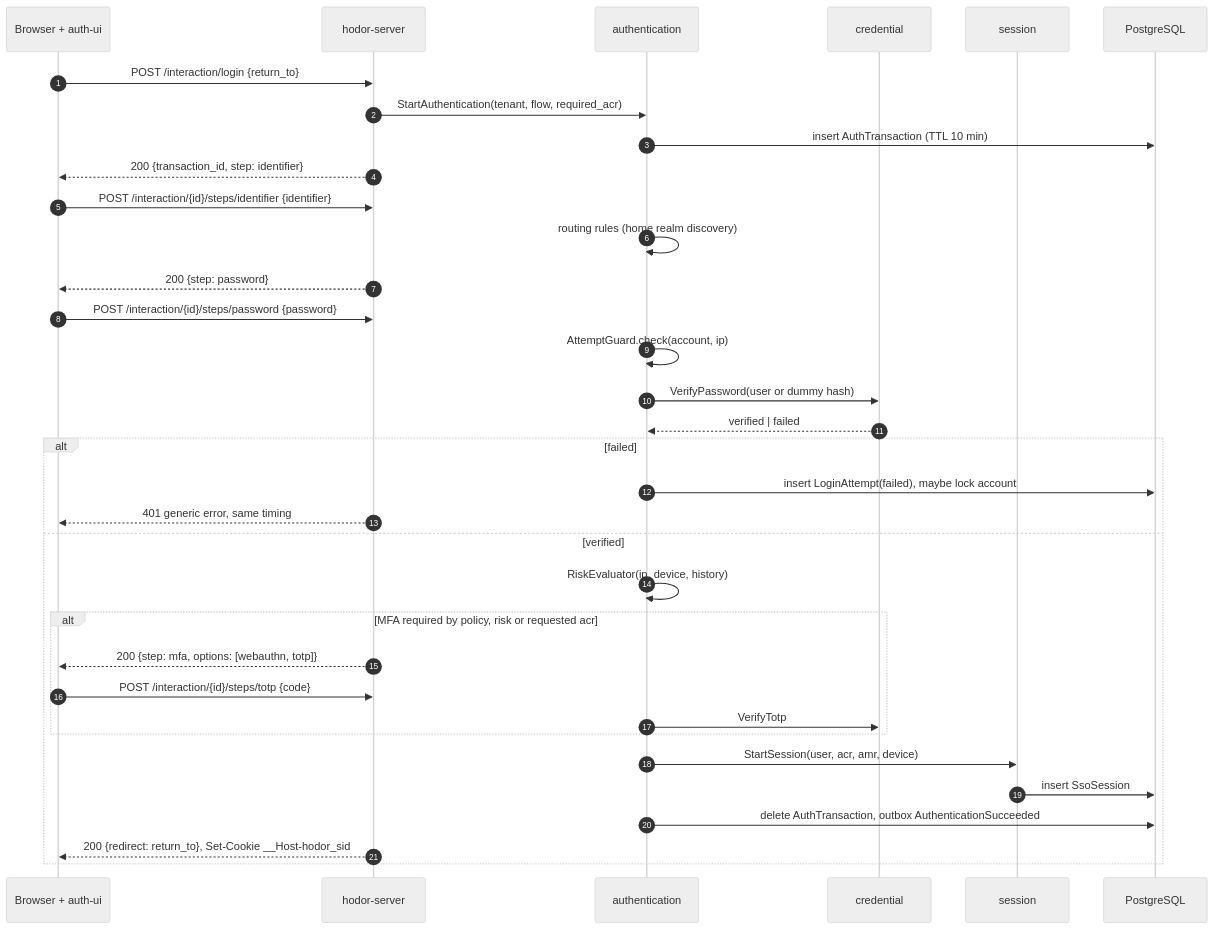
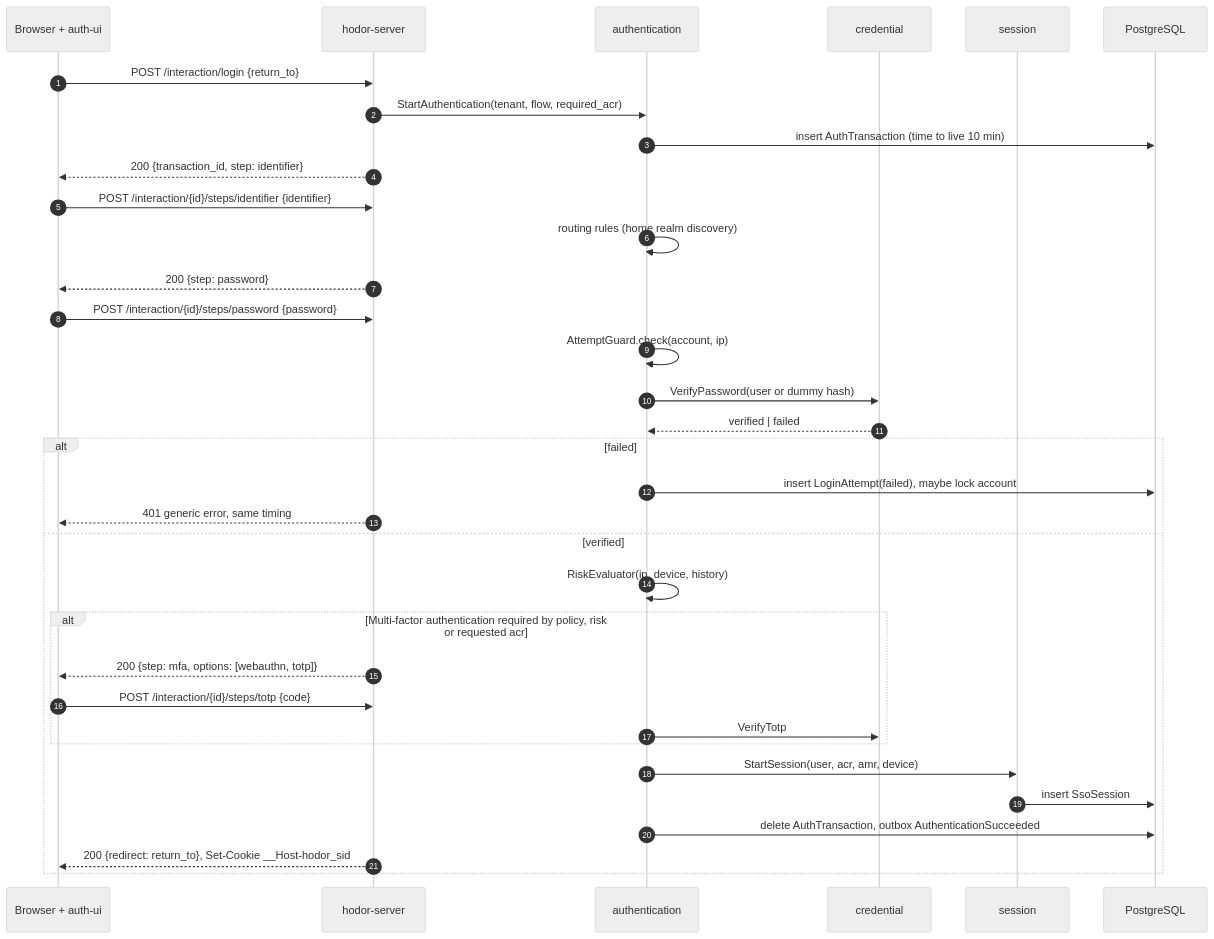
Before and after one commit to ortisun/hodor: the first of 7 diagrams in docs/protocols/sequences.md, drawn with Mermaid (neutral theme). The commit also changed other lines of this file and 48 other files, not shown here.

````diff
--- a/docs/protocols/sequences.md
+++ b/docs/protocols/sequences.md
@@ -7,37 +7,37 @@
 ```mermaid
 sequenceDiagram
     autonumber
-    participant UA as Browser + auth-ui
-    participant H as hodor-server
-    participant AUT as authentication
-    participant CRD as credential
-    participant SES as session
-    participant DB as PostgreSQL
+    participant Browser as Browser + auth-ui
+    participant Server as hodor-server
+    participant Authentication as authentication
+    participant Credential as credential
+    participant Session as session
+    participant Database as PostgreSQL
 
-    UA->>H: POST /interaction/login {return_to}
-    H->>AUT: StartAuthentication(tenant, flow, required_acr)
-    AUT->>DB: insert AuthTransaction (TTL 10 min)
-    H-->>UA: 200 {transaction_id, step: identifier}
-    UA->>H: POST /interaction/{id}/steps/identifier {identifier}
-    AUT->>AUT: routing rules (home realm discovery)
-    H-->>UA: 200 {step: password}
-    UA->>H: POST /interaction/{id}/steps/password {password}
-    AUT->>AUT: AttemptGuard.check(account, ip)
-    AUT->>CRD: VerifyPassword(user or dummy hash)
-    CRD-->>AUT: verified | failed
+    Browser->>Server: POST /interaction/login {return_to}
+    Server->>Authentication: StartAuthentication(tenant, flow, required_acr)
+    Authentication->>Database: insert AuthTransaction (time to live 10 min)
+    Server-->>Browser: 200 {transaction_id, step: identifier}
+    Browser->>Server: POST /interaction/{id}/steps/identifier {identifier}
+    Authentication->>Authentication: routing rules (home realm discovery)
+    Server-->>Browser: 200 {step: password}
+    Browser->>Server: POST /interaction/{id}/steps/password {password}
+    Authentication->>Authentication: AttemptGuard.check(account, ip)
+    Authentication->>Credential: VerifyPassword(user or dummy hash)
+    Credential-->>Authentication: verified | failed
     alt failed
-        AUT->>DB: insert LoginAttempt(failed), maybe lock account
-        H-->>UA: 401 generic error, same timing
+        Authentication->>Database: insert LoginAttempt(failed), maybe lock account
+        Server-->>Browser: 401 generic error, same timing
     else verified
-        AUT->>AUT: RiskEvaluator(ip, device, history)
-        alt MFA required by policy, risk or requested acr
-            H-->>UA: 200 {step: mfa, options: [webauthn, totp]}
-            UA->>H: POST /interaction/{id}/steps/totp {code}
-            AUT->>CRD: VerifyTotp
+        Authentication->>Authentication: RiskEvaluator(ip, device, history)
+        alt Multi-factor authentication required by policy, risk or requested acr
+            Server-->>Browser: 200 {step: mfa, options: [webauthn, totp]}
+            Browser->>Server: POST /interaction/{id}/steps/totp {code}
+            Authentication->>Credential: VerifyTotp
         end
-        AUT->>SES: StartSession(user, acr, amr, device)
-        SES->>DB: insert SsoSession
-        AUT->>DB: delete AuthTransaction, outbox AuthenticationSucceeded
-        H-->>UA: 200 {redirect: return_to}, Set-Cookie __Host-hodor_sid
+        Authentication->>Session: StartSession(user, acr, amr, device)
+        Session->>Database: insert SsoSession
+        Authentication->>Database: delete AuthTransaction, outbox AuthenticationSucceeded
+        Server-->>Browser: 200 {redirect: return_to}, Set-Cookie __Host-hodor_sid
     end
 ```
````
